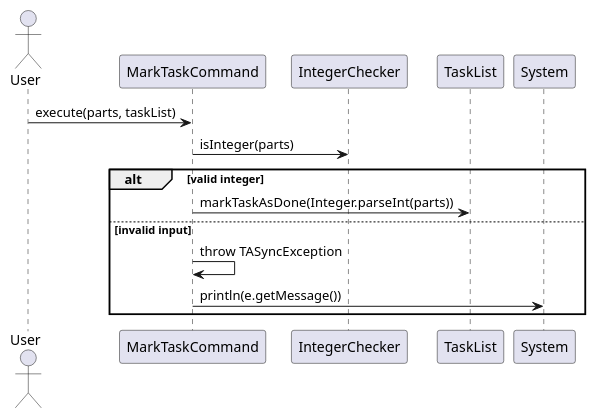
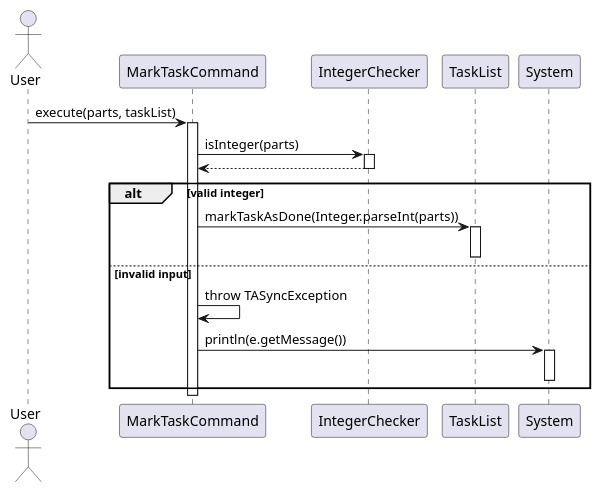
One commit to wongyihao02/tp changed the diagram in docs/diagrams/tasklistcommands/MarkTaskCommandSequenceDiagram.puml. Above: the diagram before and after it, drawn with PlantUML. The commit also changed 19 other files, not shown here.

Commit message:
Add activation bar for task command sequence diagrams

```diff
--- a/docs/diagrams/tasklistcommands/MarkTaskCommandSequenceDiagram.puml
+++ b/docs/diagrams/tasklistcommands/MarkTaskCommandSequenceDiagram.puml
@@ -1,21 +1,31 @@
 @startuml
 'https://plantuml.com/sequence-diagram
 
 actor User
 
 participant "MarkTaskCommand" as MarkCmd
 participant "IntegerChecker" as Checker
 participant "TaskList" as TaskList
 participant "System" as Console
 
 User -> MarkCmd : execute(parts, taskList)
+activate MarkCmd
 
 MarkCmd -> Checker : isInteger(parts)
+activate Checker
+Checker --> MarkCmd
+deactivate Checker
+
 alt valid integer
     MarkCmd -> TaskList : markTaskAsDone(Integer.parseInt(parts))
+    activate TaskList
+    deactivate TaskList
 else invalid input
     MarkCmd -> MarkCmd : throw TASyncException
     MarkCmd -> Console : println(e.getMessage())
+    activate Console
+    deactivate Console
 end
 
+deactivate MarkCmd
 @enduml
```
